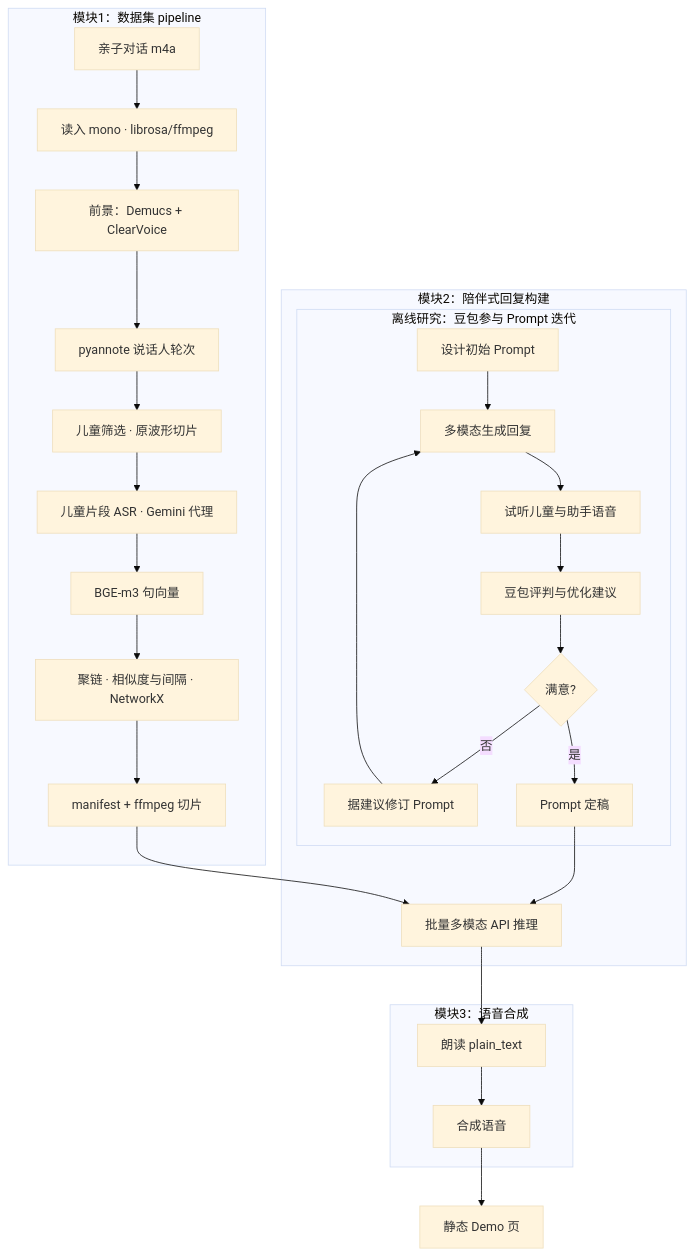
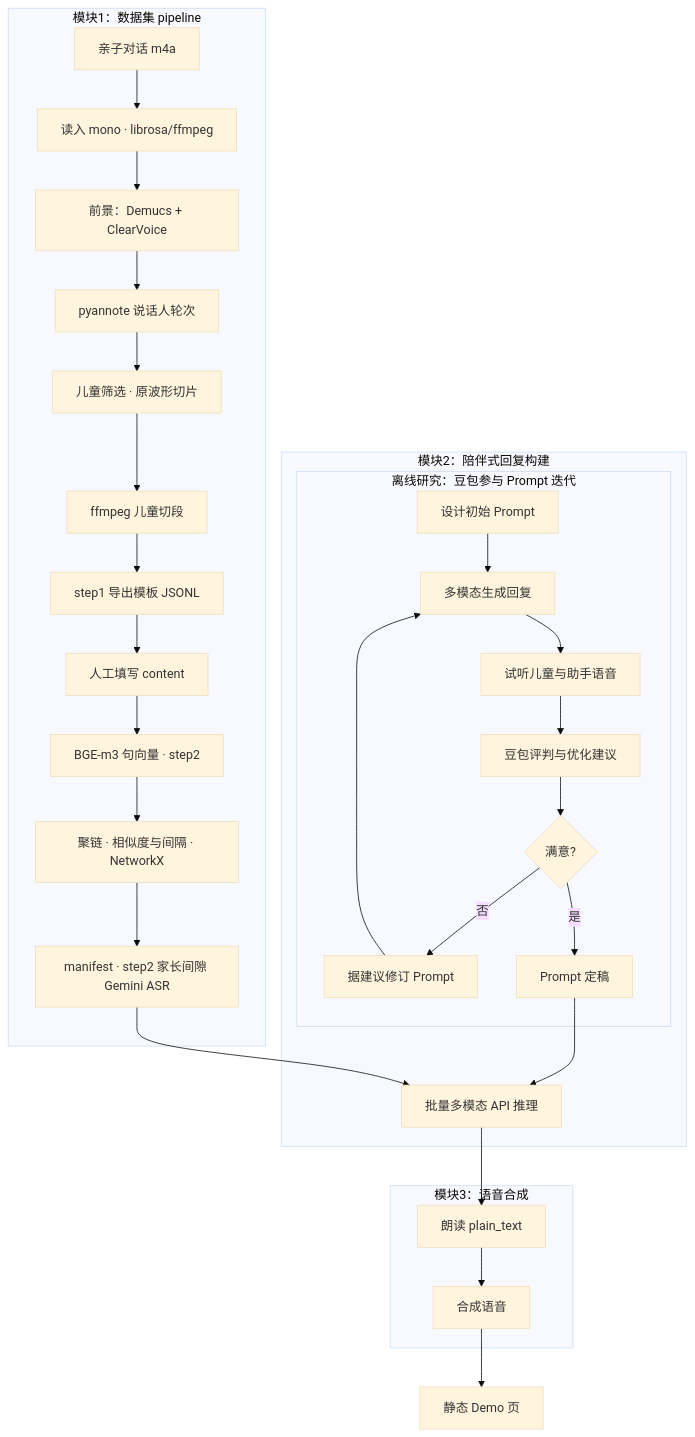
The diagram in README.md (auto-chao/Children-Companion-Scenario-Pipeline), drawn with Mermaid (base theme) before and after one commit. The commit also changed other lines of this file and 4 other files, not shown here.

````diff
--- a/README.md
+++ b/README.md
@@ -126,35 +154,37 @@
 ```mermaid
 flowchart TB
   subgraph mod_seg [模块1：数据集 pipeline]
     s1[亲子对话 m4a] --> m_load[读入 mono · librosa/ffmpeg]
     m_load --> m_fg[前景：Demucs + ClearVoice]
     m_fg --> m_pya[pyannote 说话人轮次]
     m_pya --> m_child[儿童筛选 · 原波形切片]
-    m_child --> m_asr[儿童片段 ASR · Gemini 代理]
-    m_asr --> m_bge[BGE-m3 句向量]
+    m_child --> m_cut[ffmpeg 儿童切段]
+    m_cut --> m_tpl[step1 导出模板 JSONL]
+    m_tpl --> m_fill[人工填写 content]
+    m_fill --> m_bge[BGE-m3 句向量 · step2]
     m_bge --> m_link[聚链 · 相似度与间隔 · NetworkX]
-    m_link --> s2[manifest + ffmpeg 切片]
+    m_link --> s2[manifest · step2 家长间隙 Gemini ASR]
   end
 
   subgraph mod_resp [模块2：陪伴式回复构建]
     subgraph loop_doubao [离线研究：豆包参与 Prompt 迭代]
       r1[设计初始 Prompt] --> r2[多模态生成回复]
       r2 --> r3[试听儿童与助手语音]
       r3 --> r4[豆包评判与优化建议]
       r4 --> r5{满意?}
       r5 -->|否| r6[据建议修订 Prompt]
       r6 --> r2
       r5 -->|是| r7[Prompt 定稿]
     end
     r7 --> r8[批量多模态 API 推理]
   end
 
   subgraph mod_tts [模块3：语音合成]
     t1[朗读 plain_text] --> t2[合成语音]
   end
 
   s2 --> r8
   r8 --> t1
   t2 --> d1[静态 Demo 页]
 
 ```
````
